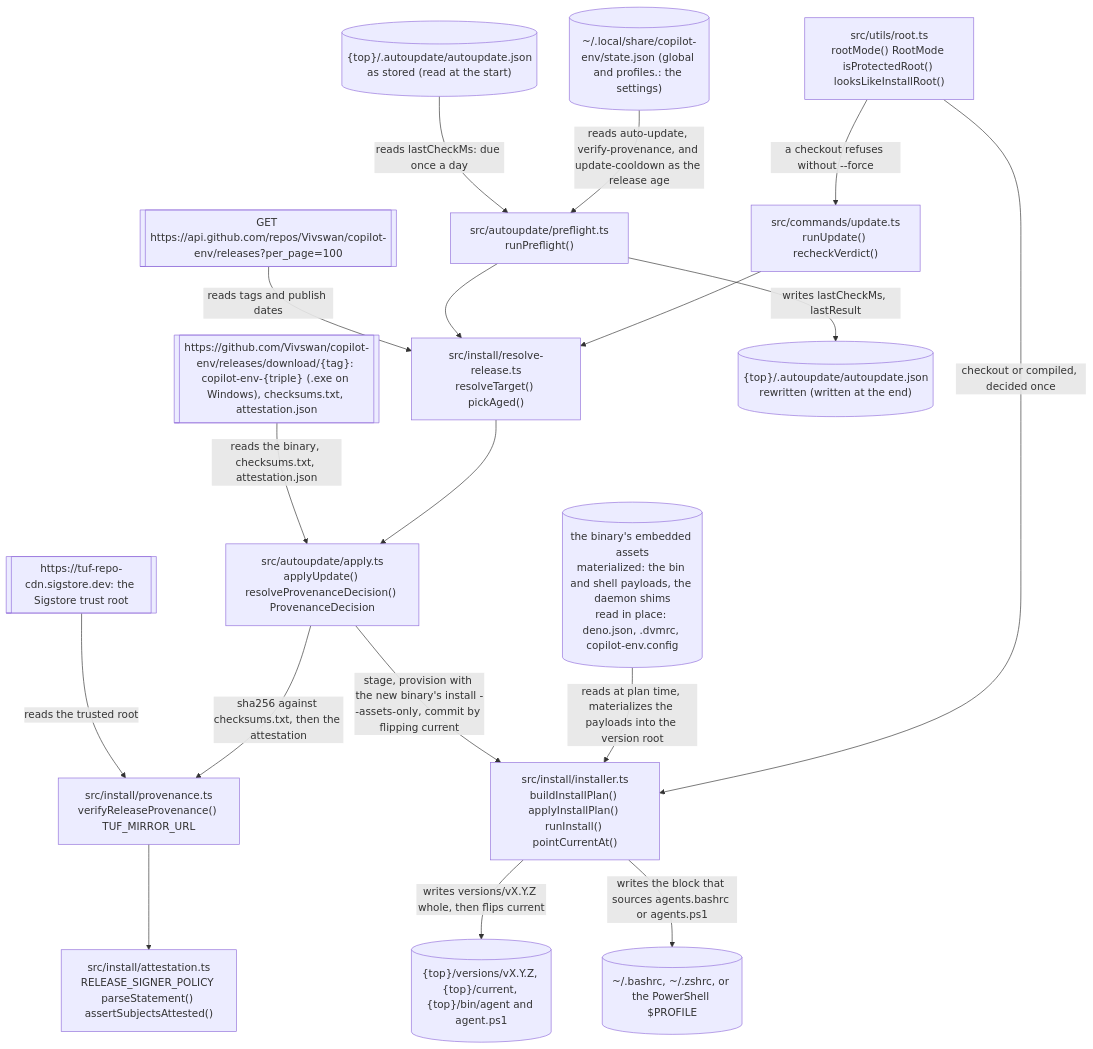
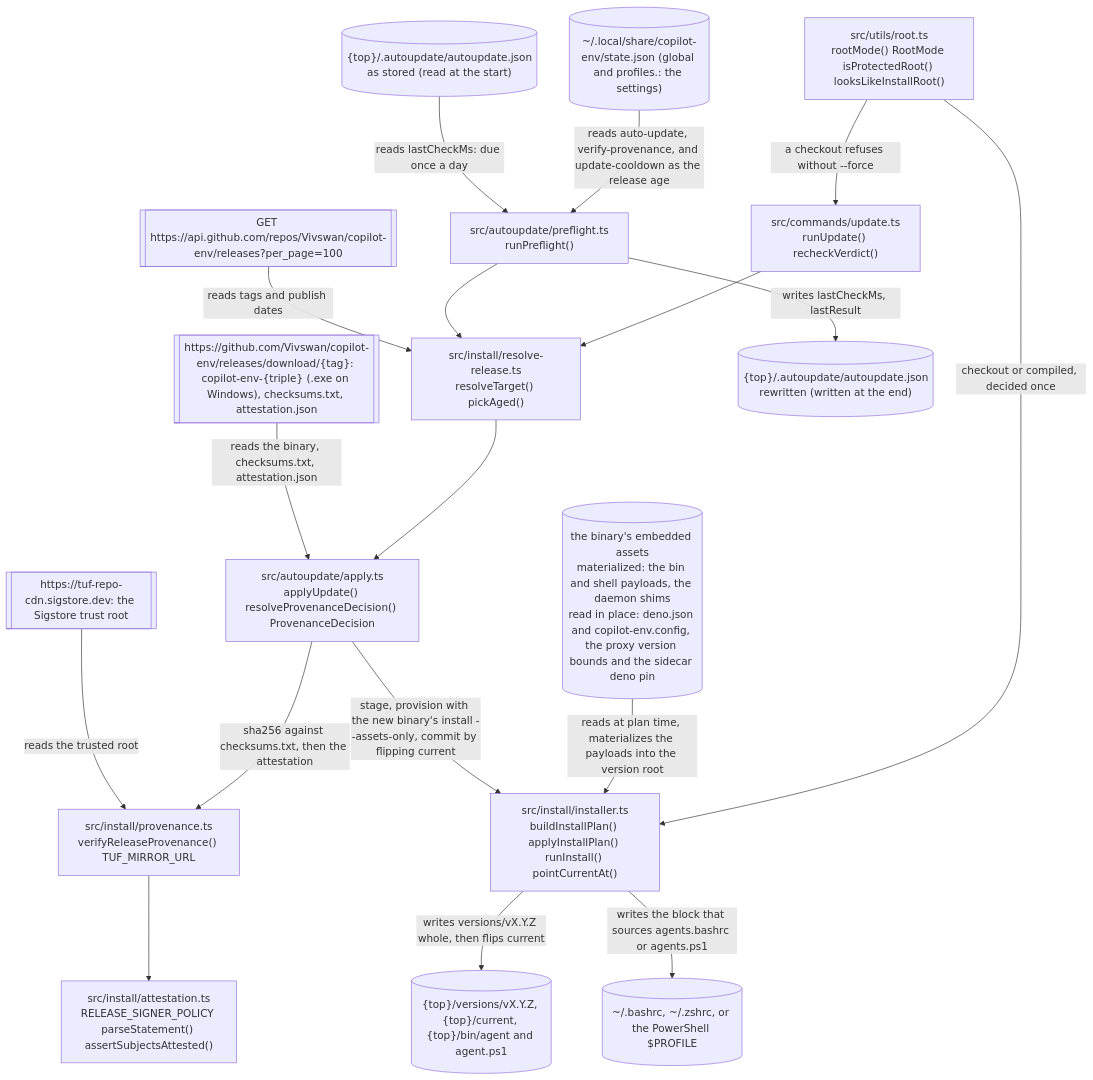
One commit to Vivswan/copilot-env changed the sixth of 8 diagrams in docs/architecture.md. Above: the diagram before and after it, drawn with Mermaid. The commit also changed other lines of this file and 8 other files, not shown here.

First line of the commit message:
docs: the checkout toolchain is bun; the daemon's deno is the sidecar

````diff
--- a/docs/architecture.md
+++ b/docs/architecture.md
@@ -201,37 +201,37 @@
 ```mermaid
 flowchart TD
-  assets[("the binary's embedded assets<br>materialized: the bin and shell payloads, the daemon shims<br>read in place: deno.json, .dvmrc, copilot-env.config")]
+  assets[("the binary's embedded assets<br>materialized: the bin and shell payloads, the daemon shims<br>read in place: deno.json and copilot-env.config, the proxy version bounds and the sidecar deno pin")]
   releases[["GET https://api.github.com/repos/Vivswan/copilot-env/releases?per_page=100"]]
   download[["https://github.com/Vivswan/copilot-env/releases/download/{tag}: copilot-env-{triple} (.exe on Windows), checksums.txt, attestation.json"]]
   tuf[["https://tuf-repo-cdn.sigstore.dev: the Sigstore trust root"]]
   prefs[("~/.local/share/copilot-env/state.json (global and profiles.<name>: the settings)")]
   autostatein[("{top}/.autoupdate/autoupdate.json<br>as stored (read at the start)")]
   root["src/utils/root.ts<br>rootMode() RootMode isProtectedRoot() looksLikeInstallRoot()"]
   install["src/install/installer.ts<br>buildInstallPlan() applyInstallPlan() runInstall() pointCurrentAt()"]
   update["src/commands/update.ts<br>runUpdate() recheckVerdict()"]
   preflight["src/autoupdate/preflight.ts<br>runPreflight()"]
   release["src/install/resolve-release.ts<br>resolveTarget() pickAged()"]
   apply["src/autoupdate/apply.ts<br>applyUpdate() resolveProvenanceDecision() ProvenanceDecision"]
   prov["src/install/provenance.ts<br>verifyReleaseProvenance() TUF_MIRROR_URL"]
   att["src/install/attestation.ts<br>RELEASE_SIGNER_POLICY parseStatement() assertSubjectsAttested()"]
   layout[("{top}/versions/vX.Y.Z, {top}/current, {top}/bin/agent and agent.ps1")]
   rcfile[("~/.bashrc, ~/.zshrc, or the PowerShell $PROFILE")]
   autostateout[("{top}/.autoupdate/autoupdate.json<br>rewritten (written at the end)")]
   root -->|"checkout or compiled, decided once"| install
   root -->|"a checkout refuses without --force"| update
   assets -->|"reads at plan time, materializes the payloads into the version root"| install
   prefs -->|"reads auto-update, verify-provenance, and update-cooldown as the release age"| preflight
   autostatein -->|"reads lastCheckMs: due once a day"| preflight
   update --> release
   preflight --> release
   releases -->|"reads tags and publish dates"| release
   release --> apply
   download -->|"reads the binary, checksums.txt, attestation.json"| apply
   apply -->|"sha256 against checksums.txt, then the attestation"| prov
   tuf -->|"reads the trusted root"| prov
   prov --> att
   apply -->|"stage, provision with the new binary's install --assets-only, commit by flipping current"| install
   install -->|"writes versions/vX.Y.Z whole, then flips current"| layout
   install -->|"writes the block that sources agents.bashrc or agents.ps1"| rcfile
   preflight -->|"writes lastCheckMs, lastResult"| autostateout
 ```
````
